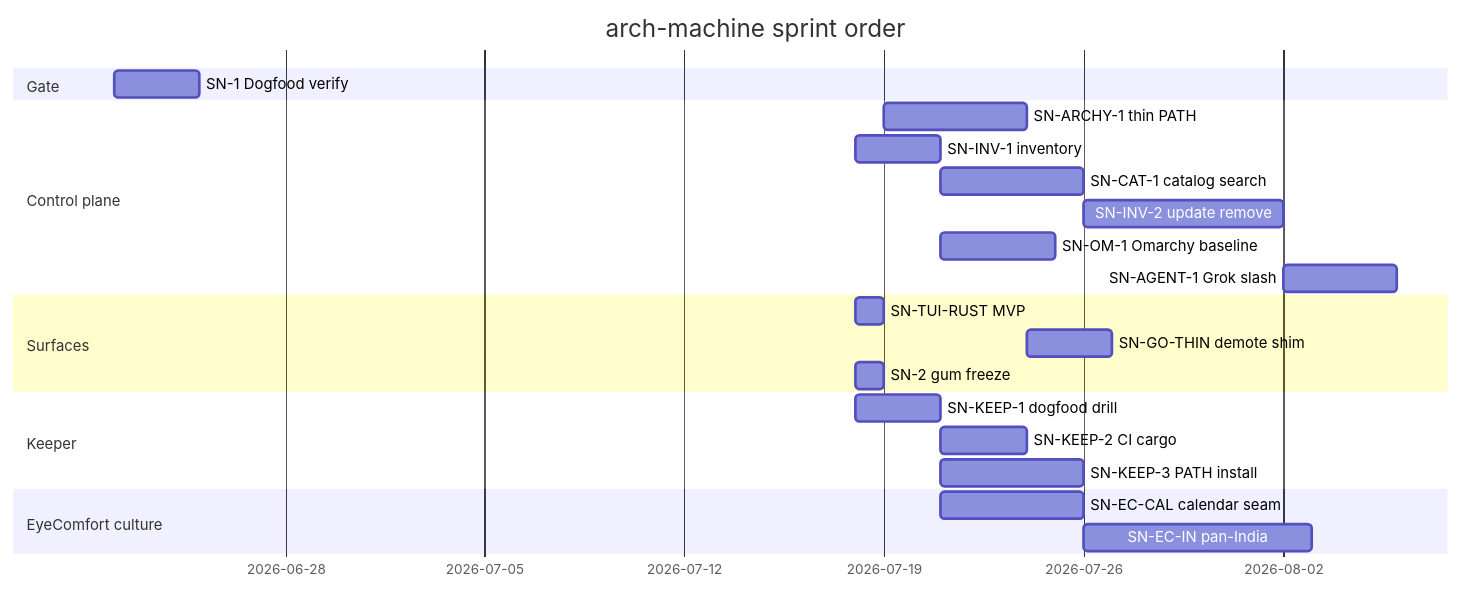
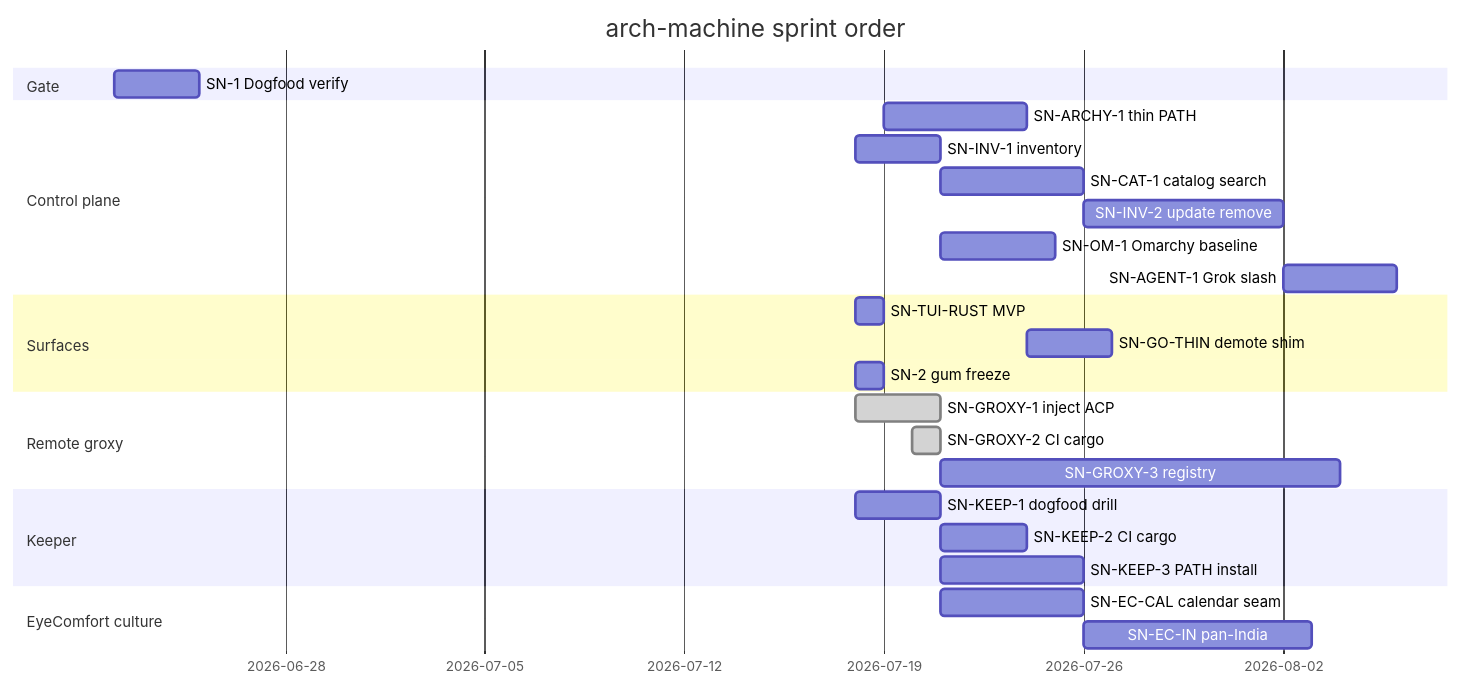
Before and after one commit to p10ns11y/arch-machine: diagram 11 of 11 in arch-design/coming-next.md, drawn with Mermaid. The commit also changed other lines of this file and 46 other files, not shown here.

First line of the commit message:
feat(groxy): XChat inject + ACP remote control (Rust Eagle satellite) (#31)

````diff
--- a/arch-design/coming-next.md
+++ b/arch-design/coming-next.md
@@ -418,25 +496,29 @@
 ```mermaid
 gantt
   title arch-machine sprint order
   dateFormat YYYY-MM-DD
   section Gate
   SN-1 Dogfood verify     :sn1, 2026-06-22, 3d
   section Control plane
   SN-ARCHY-1 thin PATH    :a1, 2026-07-19, 5d
   SN-INV-1 inventory      :inv1, 2026-07-18, 3d
   SN-CAT-1 catalog search :cat1, after inv1, 5d
   SN-INV-2 update remove  :inv2, after cat1, 7d
   SN-OM-1 Omarchy baseline:om1, after inv1, 4d
   SN-AGENT-1 Grok slash   :ag1, after inv2, 4d
   section Surfaces
   SN-TUI-RUST MVP         :rust, 2026-07-18, 1d
   SN-GO-THIN demote shim  :go, after a1, 3d
   SN-2 gum freeze         :sn2, 2026-07-18, 1d
+  section Remote groxy
+  SN-GROXY-1 inject ACP   :done, gx1, 2026-07-18, 3d
+  SN-GROXY-2 CI cargo     :done, gx2, 2026-07-20, 1d
+  SN-GROXY-3 registry     :gx3, after gx2, 14d
   section Keeper
   SN-KEEP-1 dogfood drill :k1, 2026-07-18, 3d
   SN-KEEP-2 CI cargo      :k2, after k1, 3d
   SN-KEEP-3 PATH install  :k3, after k1, 5d
   section EyeComfort culture
   SN-EC-CAL calendar seam :eccal, after inv1, 5d
   SN-EC-IN pan-India      :ecin, after eccal, 8d
 ```
````
